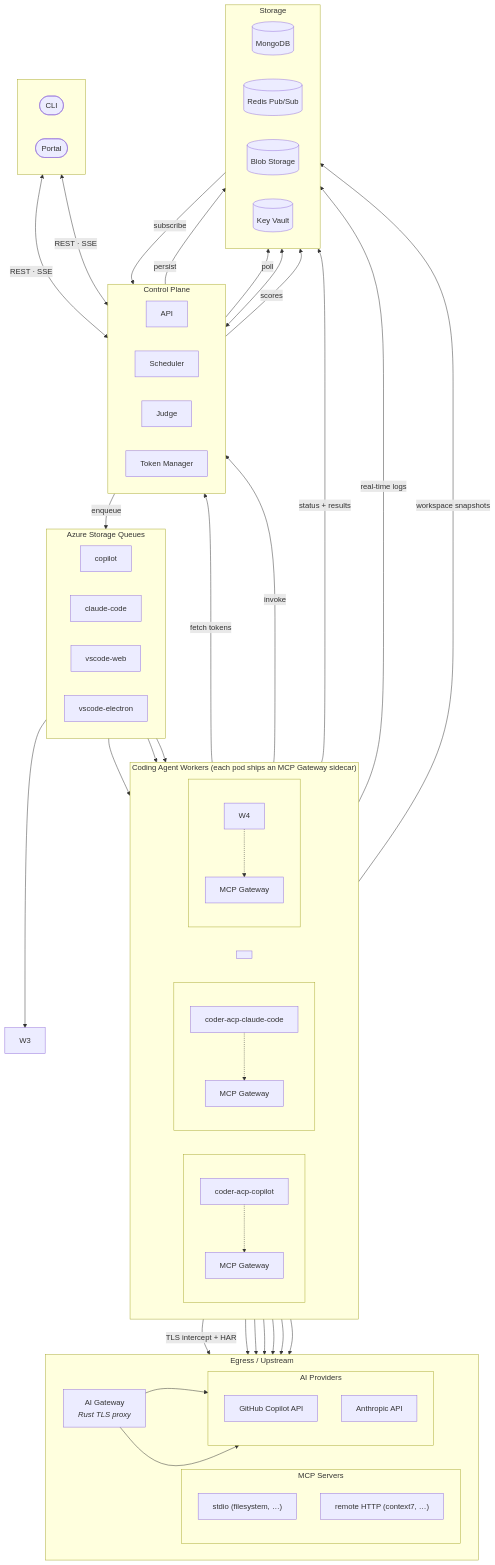
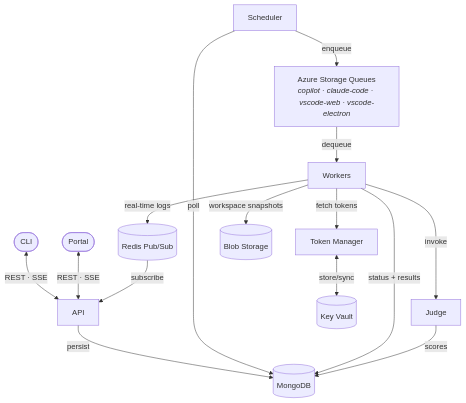
The first of 2 diagrams in README.md (Gile987/scope), drawn with Mermaid before and after one commit. The commit also changed other lines of this file, not shown here.

Commit message:
docs(readme): split unreadable architecture diagram into two focused views
The previous single diagram was too wide and dense to read on GitHub
(nested per-pod subgraphs + many cross-cutting edges).

Replace it with two simpler diagrams:

1. Run lifecycle — top-down flow from Clients → API → Scheduler →
   Queues → Workers, with Judge and shared Storage. Queue and worker
   names are collapsed into single nodes (listed inline) to drop the
   N×M arrow fan-out.
2. Worker pod egress — focused LR view of one pod showing the per-pod
   MCP Gateway sidecar and the shared AI Gateway routing Electron
   worker traffic to upstream AI providers.

Both render cleanly at GitHub-readable sizes.

````diff
--- a/README.md
+++ b/README.md
@@ -28,103 +30,31 @@
 ```mermaid
 flowchart TB
-    %% ── Clients ─────────────────────────────────────
-    subgraph Clients[" "]
-        direction LR
-        CLI([CLI])
-        Portal([Portal])
-    end
+    CLI([CLI])
+    Portal([Portal])
+    API[API]
+    Scheduler[Scheduler]
+    Judge[Judge]
+    TM[Token Manager]
 
-    %% ── Control plane ───────────────────────────────
-    subgraph Control["Control Plane"]
-        direction LR
-        API[API]
-        Scheduler[Scheduler]
-        Judge[Judge]
-        TM[Token Manager]
-    end
+    Queues["Azure Storage Queues<br/><i>copilot · claude-code · vscode-web · vscode-electron</i>"]
 
-    %% ── Queues ──────────────────────────────────────
-    subgraph Queues["Azure Storage Queues"]
-        direction LR
-        Q1[copilot]
-        Q2[claude-code]
-        Q3[vscode-web]
-        Q4[vscode-electron]
-    end
+    MongoDB[(MongoDB)]
+    Redis[(Redis Pub/Sub)]
+    Blob[(Blob Storage)]
+    KV[(Key Vault)]
 
-    %% ── Worker pods (each with an MCP Gateway sidecar) ──
-    subgraph WorkersGroup["Coding Agent Workers (each pod ships an MCP Gateway sidecar)"]
-        direction LR
-        subgraph P1[" "]
-            direction TB
-            W1[coder-acp-copilot]
-            MCP1[MCP Gateway]
-            W1 -.-> MCP1
-        end
-        subgraph P2[" "]
-            direction TB
-            W2[coder-acp-claude-code]
-            MCP2[MCP Gateway]
-            W2 -.-> MCP2
-        end
-        subgraph P3[" "]
-            direction TB
-        end
-        subgraph P4[" "]
-            direction TB
-            MCP4[MCP Gateway]
-            W4 -.-> MCP4
-        end
-    end
-
-    %% ── Egress ──────────────────────────────────────
-    subgraph Egress["Egress / Upstream"]
-        direction LR
-        GW["AI Gateway<br/><i>Rust TLS proxy</i>"]
-        subgraph MCPServers["MCP Servers"]
-            direction TB
-            StdioMCP["stdio (filesystem, …)"]
-            RemoteMCP["remote HTTP (context7, …)"]
-        end
-        subgraph AIProviders["AI Providers"]
-            direction TB
-            Copilot[GitHub Copilot API]
-            Anthropic[Anthropic API]
-        end
-    end
-
-    %% ── Storage ─────────────────────────────────────
-    subgraph Storage["Storage"]
-        direction LR
-        MongoDB[(MongoDB)]
-        Redis[(Redis Pub/Sub)]
-        Blob[(Blob Storage)]
-        KV[(Key Vault)]
-    end
-
-    %% ── Edges ───────────────────────────────────────
     CLI <-->|REST · SSE| API
     Portal <-->|REST · SSE| API
-
     API -->|persist| MongoDB
     Scheduler -->|poll| MongoDB
     Scheduler -->|enqueue| Queues
+    Queues -->|dequeue| Workers
+    Workers -->|status + results| MongoDB
+    Workers -->|real-time logs| Redis
+    Workers -->|workspace snapshots| Blob
+    Workers -->|fetch tokens| TM
+    Workers -->|invoke| Judge
+    Judge -->|scores| MongoDB
     Redis -->|subscribe| API
-    TM <--> KV
-
-    Q1 --> W1
-    Q2 --> W2
-    Q3 --> W3
-    Q4 --> W4
-
-    WorkersGroup -->|status + results| MongoDB
-    WorkersGroup -->|real-time logs| Redis
-    WorkersGroup -->|workspace snapshots| Blob
-    WorkersGroup -->|fetch tokens| TM
-    WorkersGroup -->|invoke| Judge
-    Judge -->|scores| MongoDB
-
-    W4 -->|TLS intercept + HAR| GW
-    GW --> Copilot & Anthropic
-    MCP1 & MCP2 & MCP4 --> StdioMCP & RemoteMCP
+    TM <-->|store/sync| KV
 ```
````
